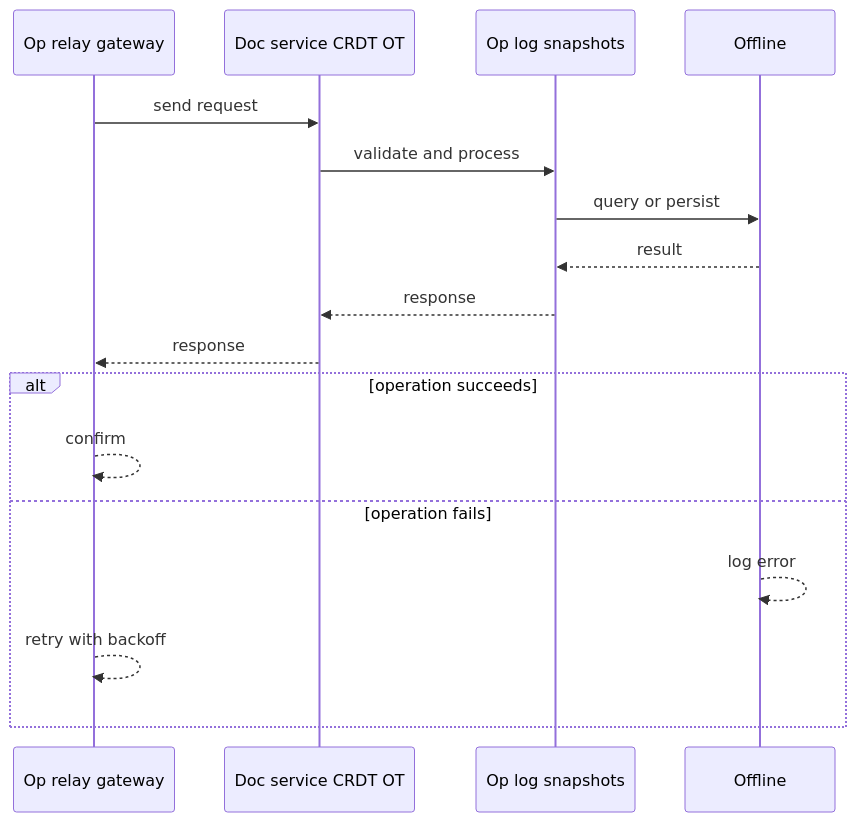
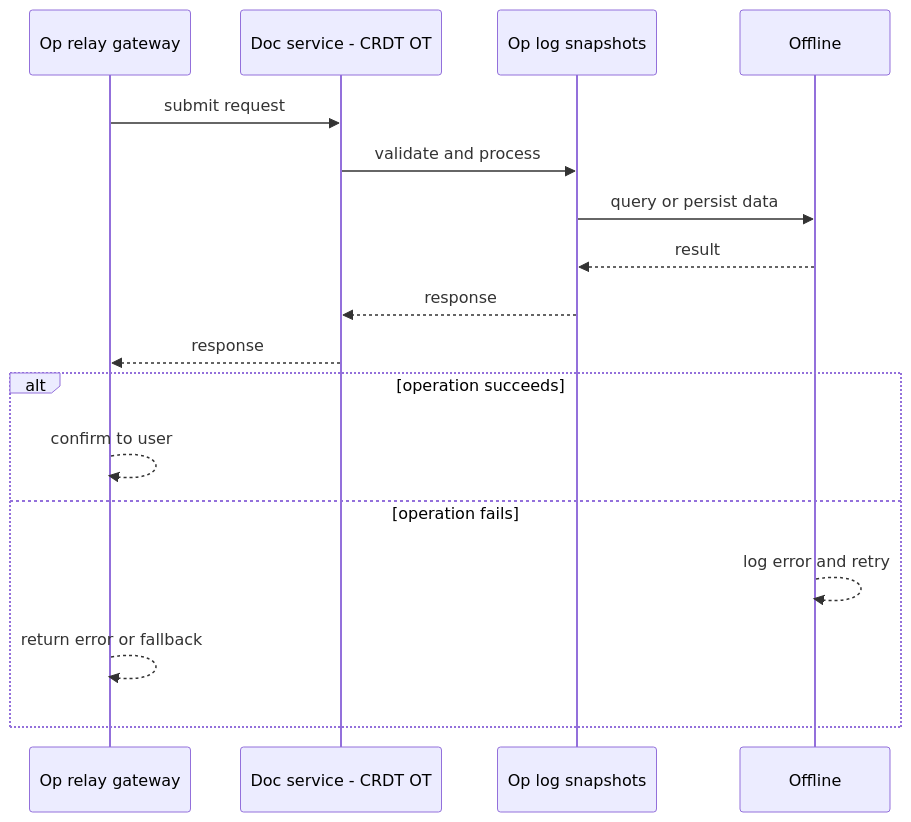
The second of 4 diagrams in case-studies/advanced/collaborative-document-editor.md (RIT-MESH/system-design-mastery), drawn with Mermaid before and after one commit. The commit also changed other lines of this file and 127 other files, not shown here.

First line of the commit message:
Improve all case study diagrams: case-specific sequences, fix truncated labels

````diff
--- a/case-studies/advanced/collaborative-document-editor.md
+++ b/case-studies/advanced/collaborative-document-editor.md
@@ -72,20 +72,20 @@
 ```mermaid
 %% created-for: system-design-mastery
 sequenceDiagram
-  participant C0 as Op relay gateway
-  participant C1 as Doc service CRDT OT
-  participant C2 as Op log snapshots
-  participant C3 as Offline
-  C0 ->> C1: send request
-  C1 ->> C2: validate and process
-  C2 ->> C3: query or persist
-  C3 -->> C2: result
-  C2 -->> C1: response
-  C1 -->> C0: response
+  participant P0 as Op relay gateway
+  participant P1 as Doc service - CRDT OT
+  participant P2 as Op log snapshots
+  participant P3 as Offline
+  P0 ->> P1: submit request
+  P1 ->> P2: validate and process
+  P2 ->> P3: query or persist data
+  P3 -->> P2: result
+  P2 -->> P1: response
+  P1 -->> P0: response
   alt operation succeeds
-    C0 -->> C0: confirm
+    P0 -->> P0: confirm to user
   else operation fails
-    C3 -->> C3: log error
-    C0 -->> C0: retry with backoff
+    P3 -->> P3: log error and retry
+    P0 -->> P0: return error or fallback
   end
 ```
````
